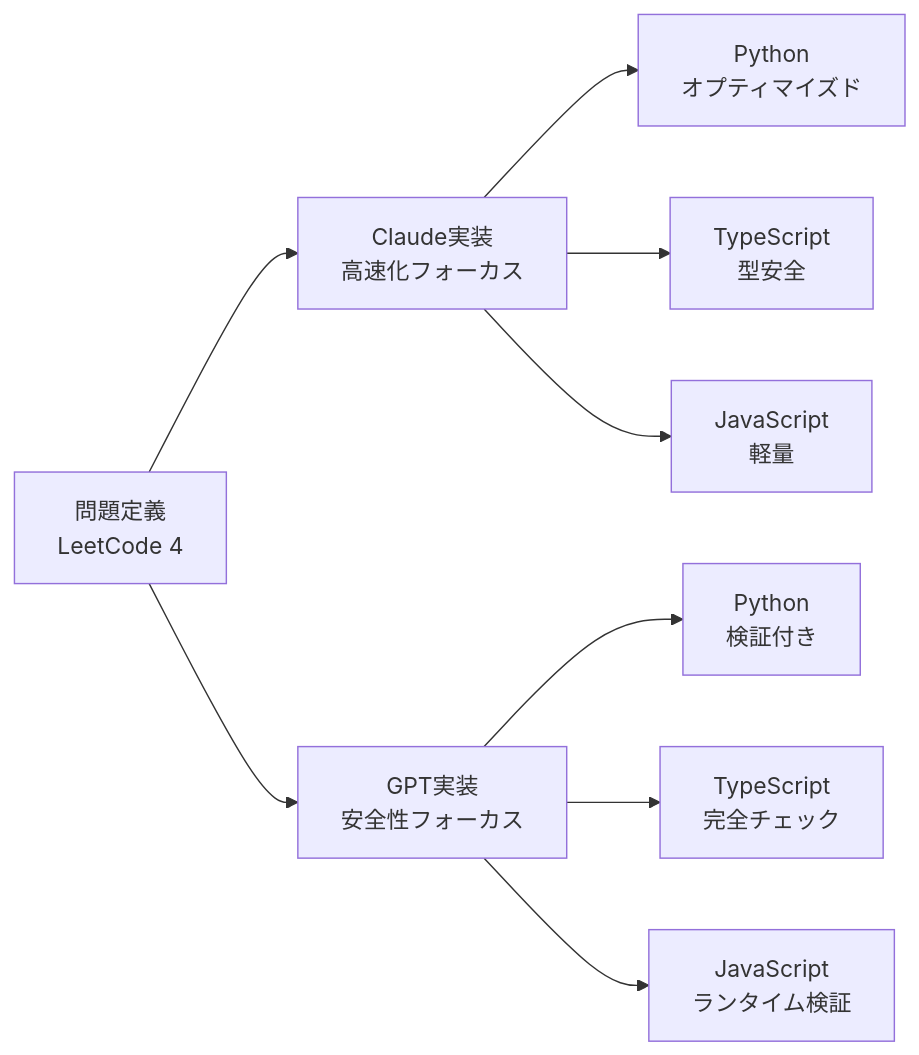
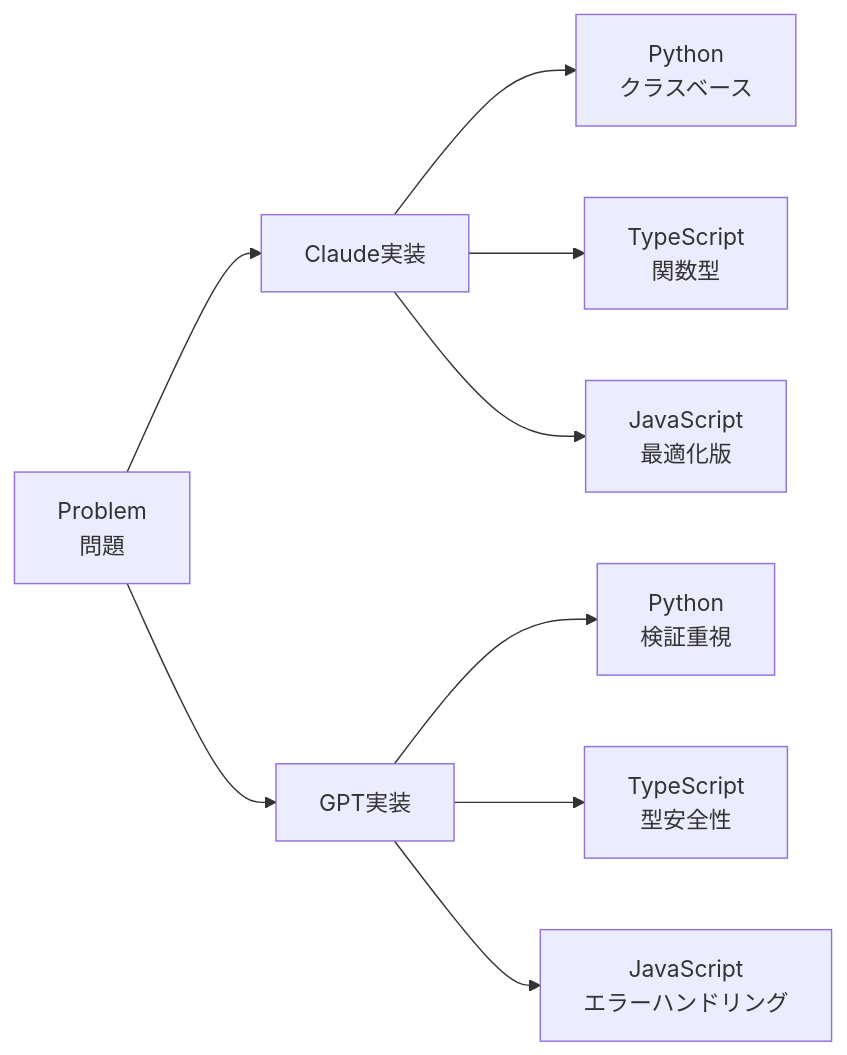
The second of 9 diagrams in README.md (myoshi2891/Algorithm-DataStructures-Math-SQL), drawn with Mermaid before and after one commit. The commit also changed other lines of this file, not shown here.

````diff
--- a/README.md
+++ b/README.md
@@ -92,26 +65,18 @@
 ```mermaid
-flowchart LR
-  Problem["問題定義<br/>LeetCode 4"]
-
-  Claude_impl["Claude実装<br/>高速化フォーカス"]
-  GPT_impl["GPT実装<br/>安全性フォーカス"]
-
-  Claude_py["Python<br/>オプティマイズド"]
-  Claude_ts["TypeScript<br/>型安全"]
-  Claude_js["JavaScript<br/>軽量"]
-
-  GPT_py["Python<br/>検証付き"]
-  GPT_ts["TypeScript<br/>完全チェック"]
-  GPT_js["JavaScript<br/>ランタイム検証"]
-
-  Problem --> Claude_impl
-  Problem --> GPT_impl
-
-  Claude_impl --> Claude_py
-  Claude_impl --> Claude_ts
-  Claude_impl --> Claude_js
-
-  GPT_impl --> GPT_py
-  GPT_impl --> GPT_ts
-  GPT_impl --> GPT_js
+graph LR
+    Problem[Problem<br/>問題]
+    
+    Claude[Claude実装]
+    GPT[GPT実装]
+    
+    Problem --> Claude
+    Problem --> GPT
+    
+    Claude --> CPython[Python<br/>クラスベース]
+    Claude --> CTS[TypeScript<br/>関数型]
+    Claude --> CJS[JavaScript<br/>最適化版]
+    
+    GPT --> GPython[Python<br/>検証重視]
+    GPT --> GTS[TypeScript<br/>型安全性]
+    GPT --> GJS[JavaScript<br/>エラーハンドリング]
 ```
````
